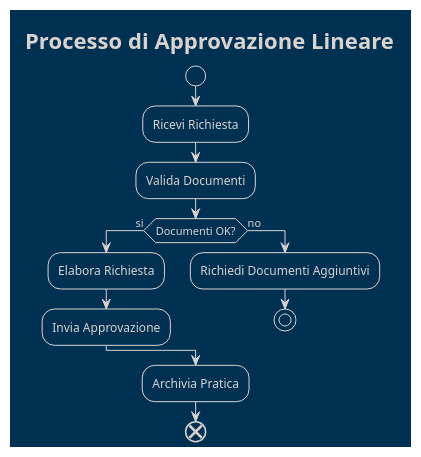
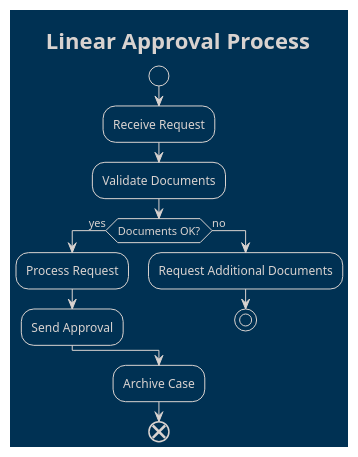
Before and after one commit to Seniorsimo/sas-template: the tenth of 25 diagrams in 03-behavioral-diagrams/activity-diagrams/README.md, drawn with PlantUML. The commit also changed other lines of this file and 49 other files, not shown here.

````diff
--- a/03-behavioral-diagrams/activity-diagrams/README.md
+++ b/03-behavioral-diagrams/activity-diagrams/README.md
@@ -109,19 +109,19 @@
 ```plantuml
 @startuml
 !theme blueprint
-title Processo di Approvazione Lineare
+title Linear Approval Process
 
 start
-:Ricevi Richiesta;
-:Valida Documenti;
-if (Documenti OK?) then (si)
-  :Elabora Richiesta;
-  :Invia Approvazione;
+:Receive Request;
+:Validate Documents;
+if (Documents OK?) then (yes)
+  :Process Request;
+  :Send Approval;
 else (no)
-  :Richiedi Documenti Aggiuntivi;
+  :Request Additional Documents;
   stop
 endif
-:Archivia Pratica;
+:Archive Case;
 end
 @enduml
 ```
````
